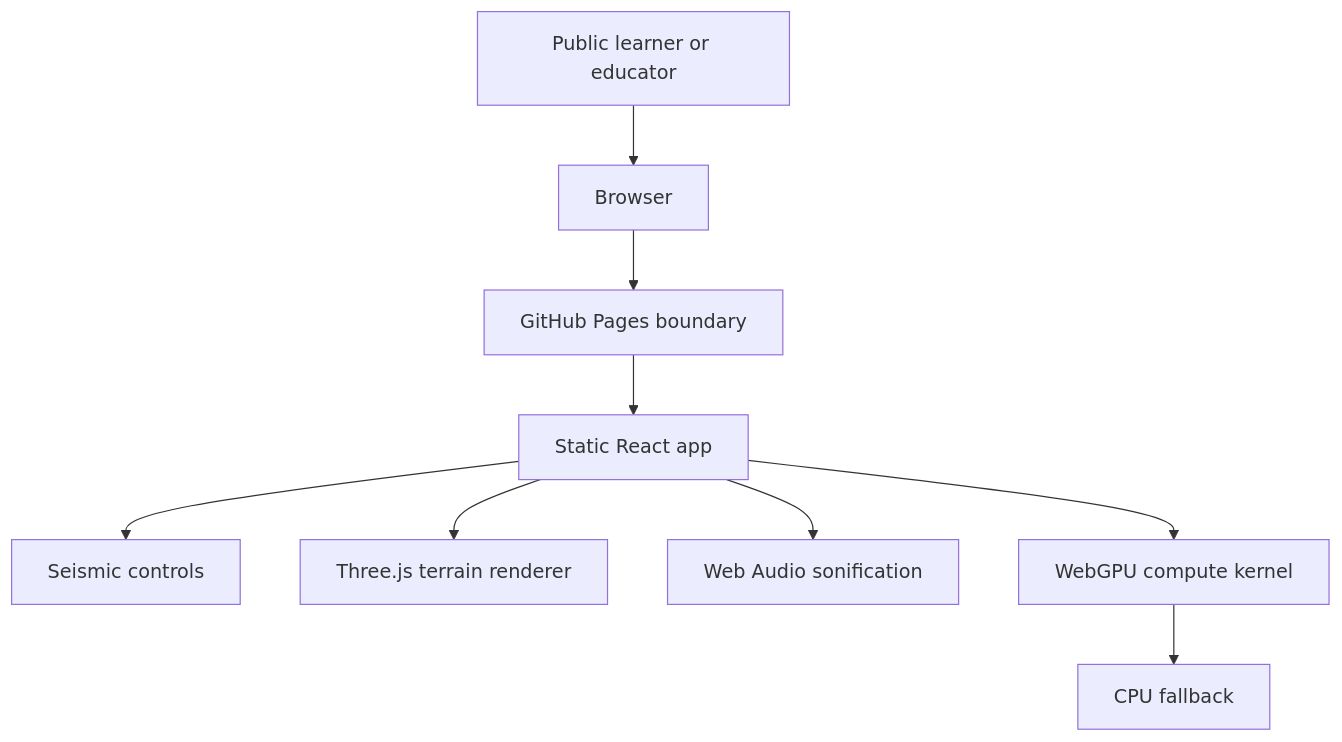
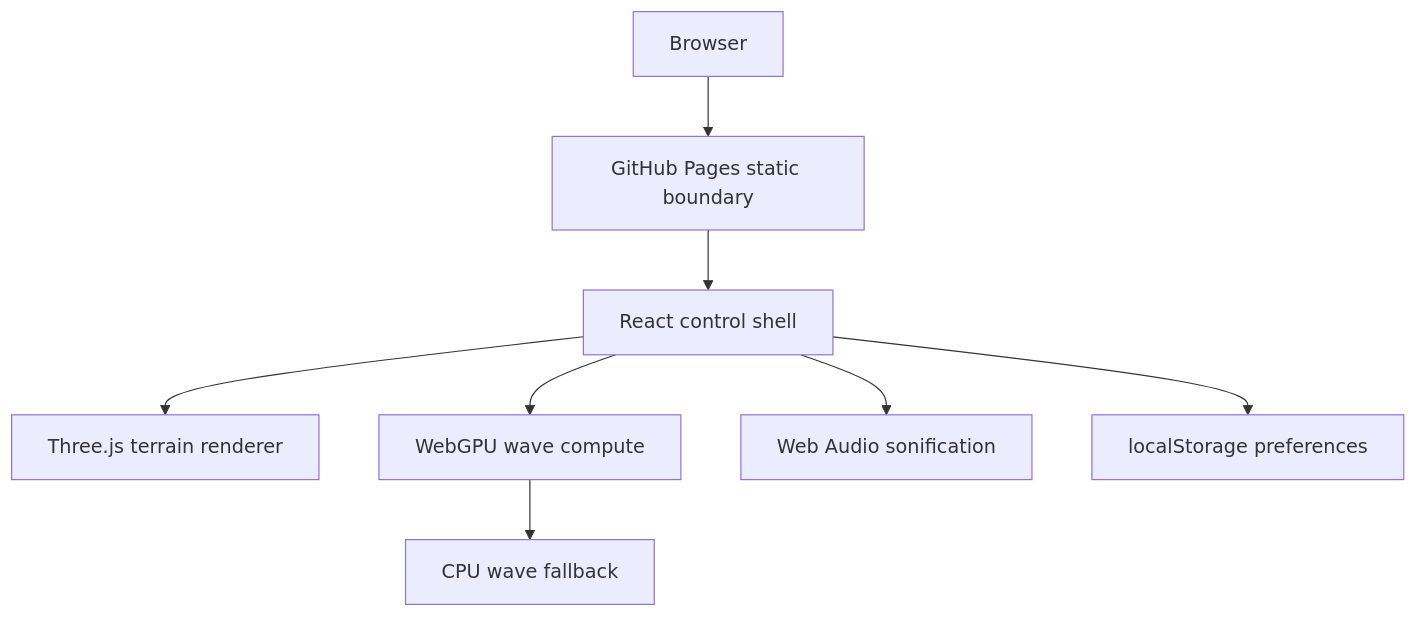
Before and after one commit to baditaflorin/earthquake-wave-propagation: the second of 2 diagrams in docs/architecture.md, drawn with Mermaid. The commit also changed other lines of this file and 44 other files, not shown here.

Commit message:
feat: add seismic wave simulator

````diff
--- a/docs/architecture.md
+++ b/docs/architecture.md
@@ -3,11 +19,19 @@
 ```mermaid
 flowchart TB
-  person["Public learner or educator"] --> browser["Browser"]
-  browser --> pages["GitHub Pages boundary"]
-  pages --> app["Static React app"]
-  app --> controls["Seismic controls"]
-  app --> scene["Three.js terrain renderer"]
-  app --> audio["Web Audio sonification"]
-  app --> compute["WebGPU compute kernel"]
-  compute --> cpu["CPU fallback"]
+  browser["Browser"]
+  boundary["GitHub Pages static boundary"]
+  app["React control shell"]
+  scene["Three.js terrain renderer"]
+  compute["WebGPU wave compute"]
+  cpu["CPU wave fallback"]
+  audio["Web Audio sonification"]
+  storage["localStorage preferences"]
+
+  browser --> boundary
+  boundary --> app
+  app --> scene
+  app --> compute
+  compute --> cpu
+  app --> audio
+  app --> storage
 ```
````
